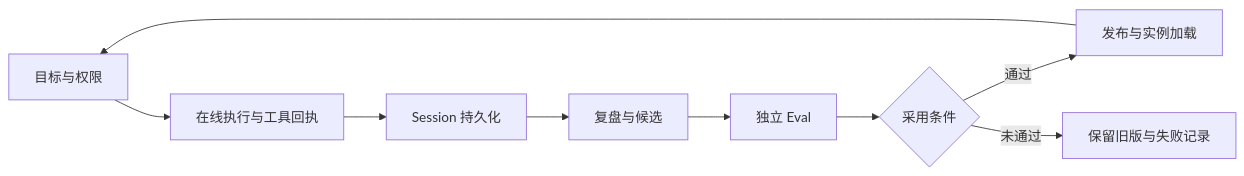
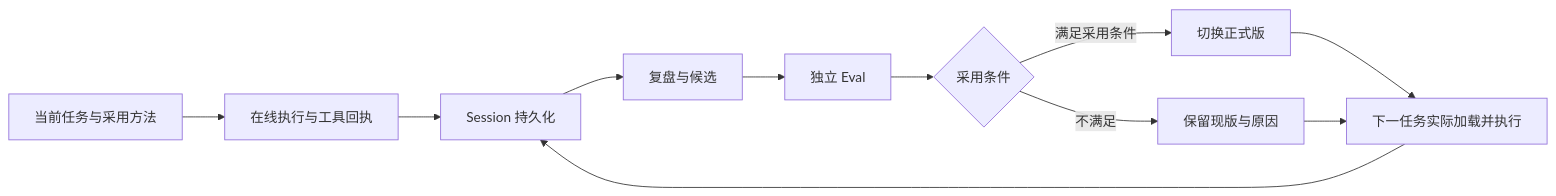
One commit to iOPEN-Xing/self-evolving-agent-harness changed the diagram in docs/10-learning-loop.md. Above: the diagram before and after it, drawn with Mermaid. The commit also changed other lines of this file and 34 other files, not shown here.

````diff
--- a/docs/10-learning-loop.md
+++ b/docs/10-learning-loop.md
@@ -11,11 +11,13 @@
 ```mermaid
 flowchart LR
-  A[目标与权限] --> B[在线执行与工具回执]
+  A[当前任务与采用方法] --> B[在线执行与工具回执]
   B --> C[Session 持久化]
   C --> D[复盘与候选]
   D --> E[独立 Eval]
   E --> F{采用条件}
-  F -->|通过| G[发布与实例加载]
-  F -->|未通过| H[保留旧版与失败记录]
-  G --> A
+  F -->|满足采用条件| G[切换正式版]
+  F -->|不满足| H[保留现版与原因]
+  G --> I[下一任务实际加载并执行]
+  H --> I
+  I --> C
 ```
````
